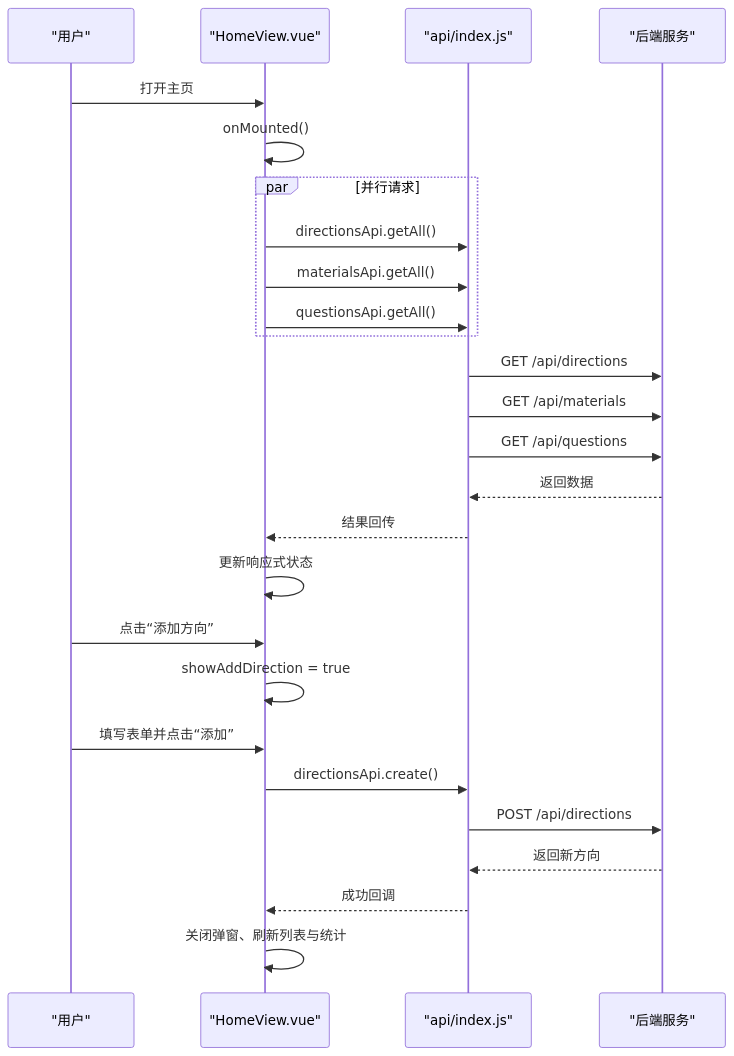
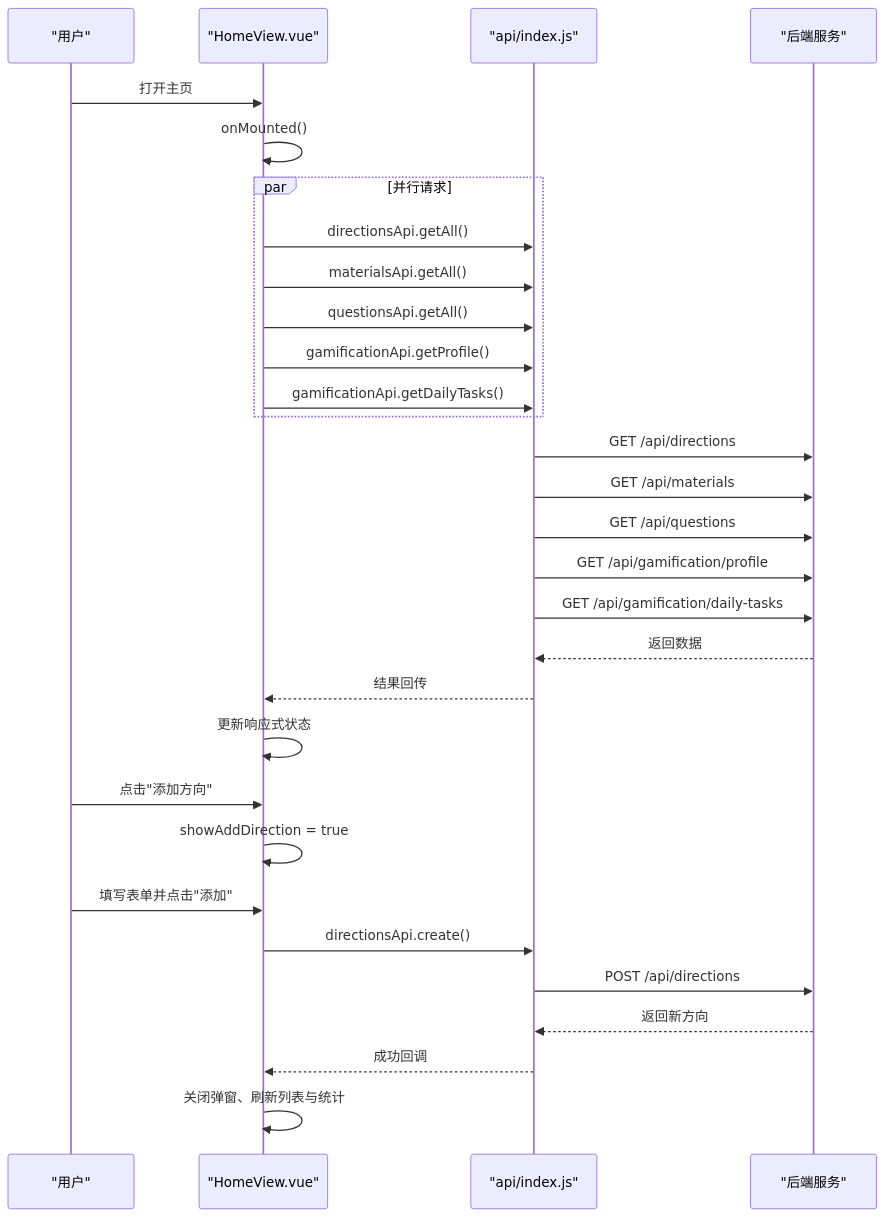
One commit to zhiwenli-jack/personal-learning-manager changed the second of 8 diagrams in .qoder/repowiki/zh/content/前端应用架构/视图组件/主页组件.md. Above: the diagram before and after it, drawn with Mermaid. The commit also changed other lines of this file and 20 other files, not shown here.

````diff
--- a/.qoder/repowiki/zh/content/前端应用架构/视图组件/主页组件.md
+++ b/.qoder/repowiki/zh/content/前端应用架构/视图组件/主页组件.md
@@ -90,28 +123,32 @@
 ```mermaid
 sequenceDiagram
 participant U as "用户"
 participant V as "HomeView.vue"
 participant A as "api/index.js"
 participant S as "后端服务"
 U->>V : 打开主页
 V->>V : onMounted()
 par 并行请求
 V->>A : directionsApi.getAll()
 V->>A : materialsApi.getAll()
 V->>A : questionsApi.getAll()
+V->>A : gamificationApi.getProfile()
+V->>A : gamificationApi.getDailyTasks()
 end
 A->>S : GET /api/directions
 A->>S : GET /api/materials
 A->>S : GET /api/questions
+A->>S : GET /api/gamification/profile
+A->>S : GET /api/gamification/daily-tasks
 S-->>A : 返回数据
 A-->>V : 结果回传
 V->>V : 更新响应式状态
-U->>V : 点击“添加方向”
+U->>V : 点击"添加方向"
 V->>V : showAddDirection = true
-U->>V : 填写表单并点击“添加”
+U->>V : 填写表单并点击"添加"
 V->>A : directionsApi.create()
 A->>S : POST /api/directions
 S-->>A : 返回新方向
 A-->>V : 成功回调
 V->>V : 关闭弹窗、刷新列表与统计
 ```
````
